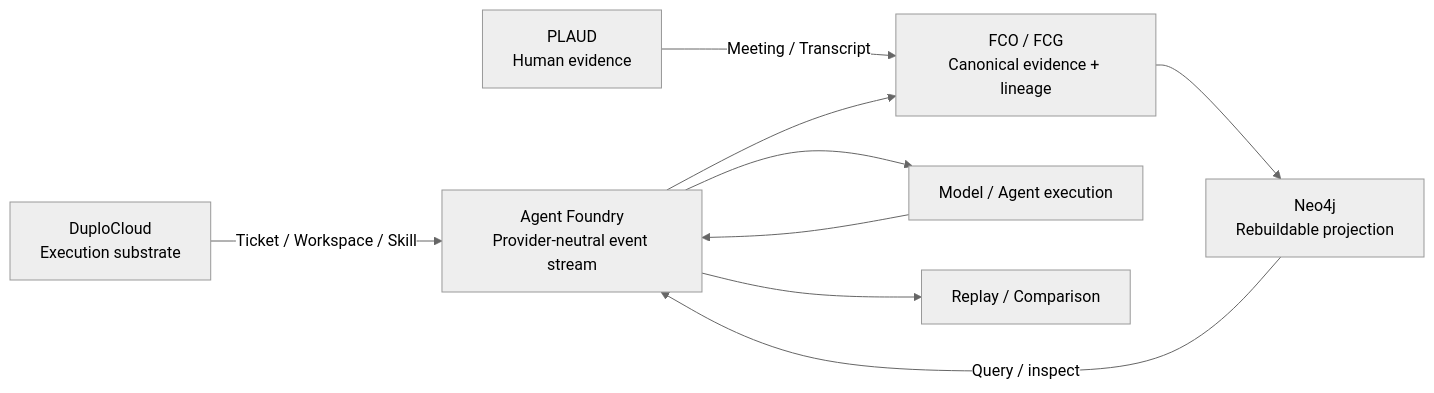
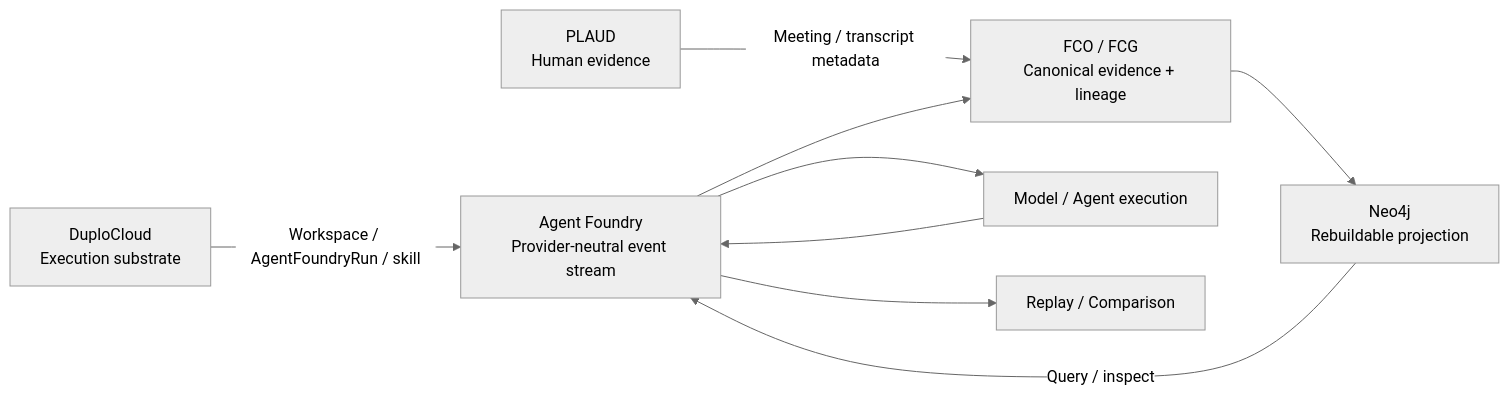
The diagram in README.md (biobitworks/agent-foundry), drawn with Mermaid (neutral theme) before and after one commit. The commit also changed other lines of this file, not shown here.

````diff
--- a/README.md
+++ b/README.md
@@ -60,19 +46,19 @@
 ```mermaid
 flowchart LR
     D[DuploCloud\nExecution substrate]
     P[PLAUD\nHuman evidence]
     AF[Agent Foundry\nProvider-neutral event stream]
     F[FCO / FCG\nCanonical evidence + lineage]
     N[Neo4j\nRebuildable projection]
     M[Model / Agent execution]
     R[Replay / Comparison]
 
-    D -->|Ticket / Workspace / Skill| AF
-    P -->|Meeting / Transcript| F
+    D -->|Workspace / AgentFoundryRun / skill| AF
+    P -->|Meeting / transcript metadata| F
     AF --> F
     F --> N
     N -->|Query / inspect| AF
     AF --> M
     M --> AF
     AF --> R
 ```
````
